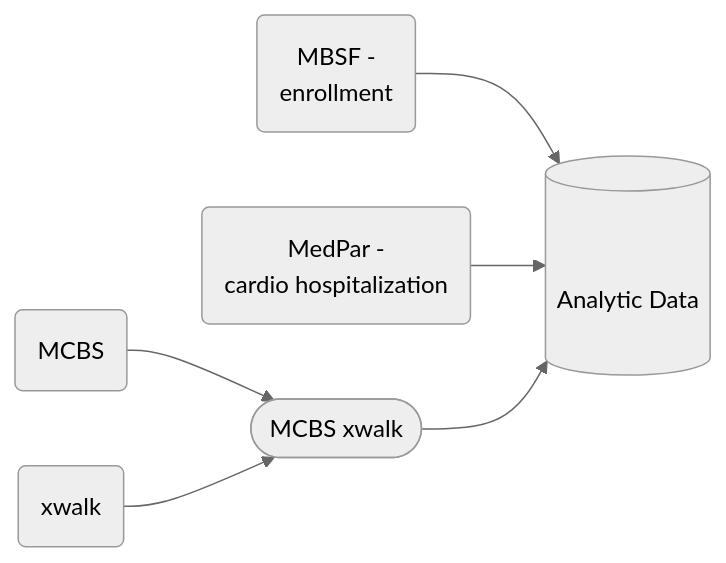
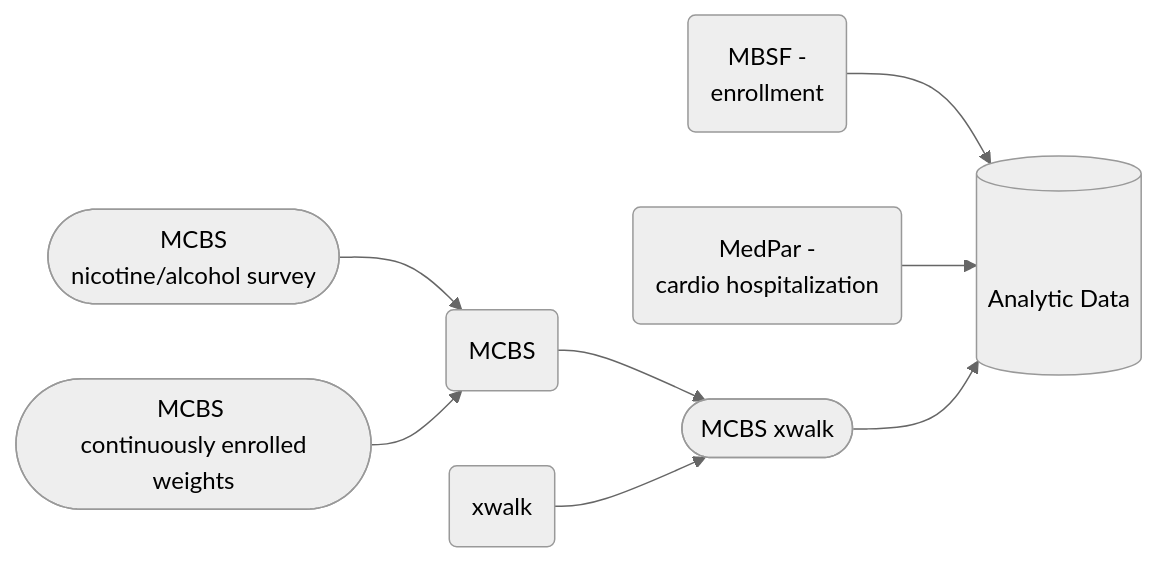
Before and after one commit to NSAPH-Projects/mcbs-mbsf-exploratory: the first of 2 diagrams in README.md, drawn with Mermaid (neutral theme). The commit also changed other lines of this file, not shown here.

````diff
--- a/README.md
+++ b/README.md
@@ -3,14 +3,17 @@
 ```mermaid
 flowchart LR
     %% creating nodes
     id1([MCBS xwalk])
     
     %% linking nodes
+    
     id2(MCBS)-->id1
     id3(xwalk)-->id1
     id4(MBSF -\n enrollment)-->id7
     id5(MedPar -\n cardio hospitalization)-->id7
+    id8([MCBS \n nicotine/alcohol survey])-->id2
+    id9([MCBS \n continuously enrolled weights])-->id2
     
     %% integration to warehouse
     id1-->id7[(\n\n Analytic Data \n\n)]
 ```
````
